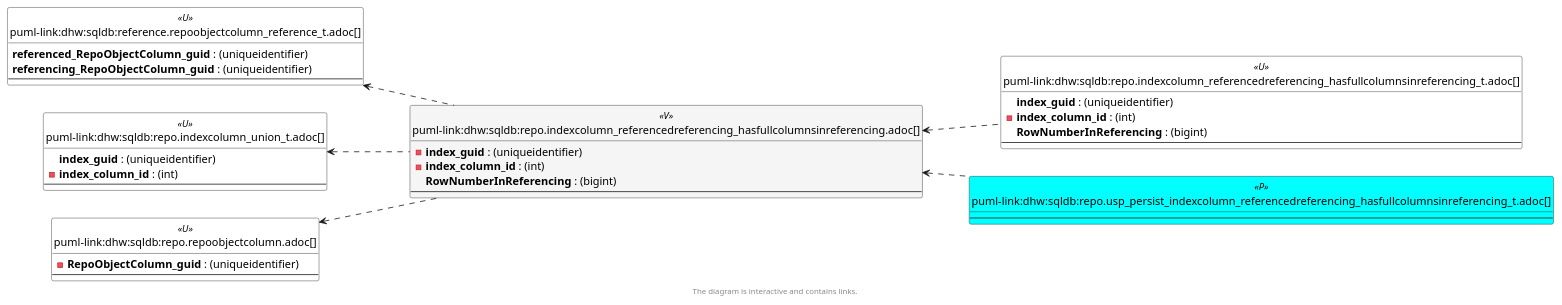
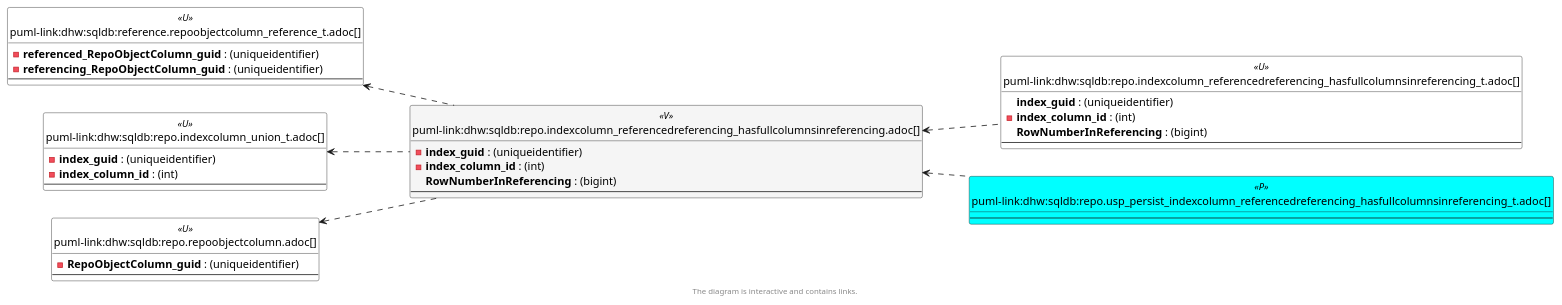
Before and after one commit to DataHandwerk/dhw-antora-sqldb: the third of 6 diagrams in docs/modules/sqldb/partials/content/repo.indexcolumn_referencedreferencing_hasfullcolumnsinreferencing.adoc, drawn with PlantUML. The commit also changed other lines of this file and 641 other files, not shown here.

```diff
--- a/docs/modules/sqldb/partials/content/repo.indexcolumn_referencedreferencing_hasfullcolumnsinreferencing.adoc
+++ b/docs/modules/sqldb/partials/content/repo.indexcolumn_referencedreferencing_hasfullcolumnsinreferencing.adoc
@@ -796,75 +796,75 @@
 [plantuml, entity_1_1_objectref-{docname}, svg, subs=macros]
 ....
 @startuml
 left to right direction
 'top to bottom direction
 hide circle
 'avoide "." issues:
 set namespaceSeparator none
 
 
 skinparam class {
   BackgroundColor White
   BackgroundColor<<FN>> Yellow
   BackgroundColor<<FS>> Yellow
   BackgroundColor<<FT>> LightGray
   BackgroundColor<<IF>> Yellow
   BackgroundColor<<IS>> Yellow
   BackgroundColor<<P>>  Aqua
   BackgroundColor<<PC>> Aqua
   BackgroundColor<<SN>> Yellow
   BackgroundColor<<SO>> SlateBlue
   BackgroundColor<<TF>> LightGray
   BackgroundColor<<TR>> Tomato
   BackgroundColor<<U>>  White
   BackgroundColor<<V>>  WhiteSmoke
   BackgroundColor<<X>>  Aqua
   BackgroundColor<<external>> AliceBlue
 }
 
 
 entity "puml-link:dhw:sqldb:reference.repoobjectcolumn_reference_t.adoc[]" as reference.RepoObjectColumn_reference_T << U >> {
-  **referenced_RepoObjectColumn_guid** : (uniqueidentifier)
-  **referencing_RepoObjectColumn_guid** : (uniqueidentifier)
+  - **referenced_RepoObjectColumn_guid** : (uniqueidentifier)
+  - **referencing_RepoObjectColumn_guid** : (uniqueidentifier)
   --
 }
 
 entity "puml-link:dhw:sqldb:repo.indexcolumn_referencedreferencing_hasfullcolumnsinreferencing.adoc[]" as repo.IndexColumn_ReferencedReferencing_HasFullColumnsInReferencing << V >> {
   - **index_guid** : (uniqueidentifier)
   - **index_column_id** : (int)
   **RowNumberInReferencing** : (bigint)
   --
 }
 
 entity "puml-link:dhw:sqldb:repo.indexcolumn_referencedreferencing_hasfullcolumnsinreferencing_t.adoc[]" as repo.IndexColumn_ReferencedReferencing_HasFullColumnsInReferencing_T << U >> {
   **index_guid** : (uniqueidentifier)
   - **index_column_id** : (int)
   **RowNumberInReferencing** : (bigint)
   --
 }
 
 entity "puml-link:dhw:sqldb:repo.indexcolumn_union_t.adoc[]" as repo.IndexColumn_union_T << U >> {
-  **index_guid** : (uniqueidentifier)
+  - **index_guid** : (uniqueidentifier)
   - **index_column_id** : (int)
   --
 }
 
 entity "puml-link:dhw:sqldb:repo.repoobjectcolumn.adoc[]" as repo.RepoObjectColumn << U >> {
   - **RepoObjectColumn_guid** : (uniqueidentifier)
   --
 }
 
 entity "puml-link:dhw:sqldb:repo.usp_persist_indexcolumn_referencedreferencing_hasfullcolumnsinreferencing_t.adoc[]" as repo.usp_PERSIST_IndexColumn_ReferencedReferencing_HasFullColumnsInReferencing_T << P >> {
   --
 }
 
 reference.RepoObjectColumn_reference_T <.. repo.IndexColumn_ReferencedReferencing_HasFullColumnsInReferencing
 repo.IndexColumn_ReferencedReferencing_HasFullColumnsInReferencing <.. repo.IndexColumn_ReferencedReferencing_HasFullColumnsInReferencing_T
 repo.IndexColumn_ReferencedReferencing_HasFullColumnsInReferencing <.. repo.usp_PERSIST_IndexColumn_ReferencedReferencing_HasFullColumnsInReferencing_T
 repo.IndexColumn_union_T <.. repo.IndexColumn_ReferencedReferencing_HasFullColumnsInReferencing
 repo.RepoObjectColumn <.. repo.IndexColumn_ReferencedReferencing_HasFullColumnsInReferencing
 
 footer The diagram is interactive and contains links.
 
 @enduml
 ....
```
